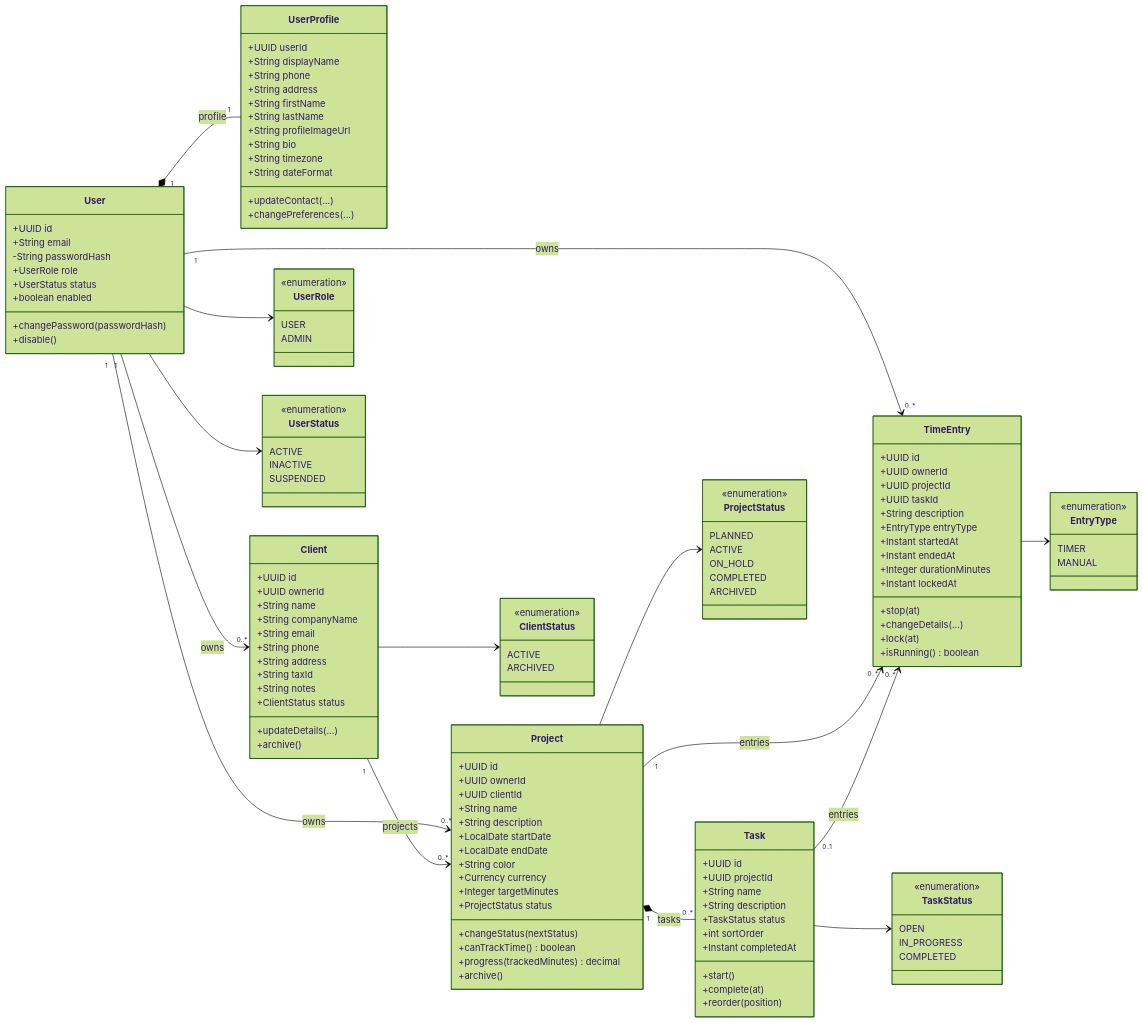
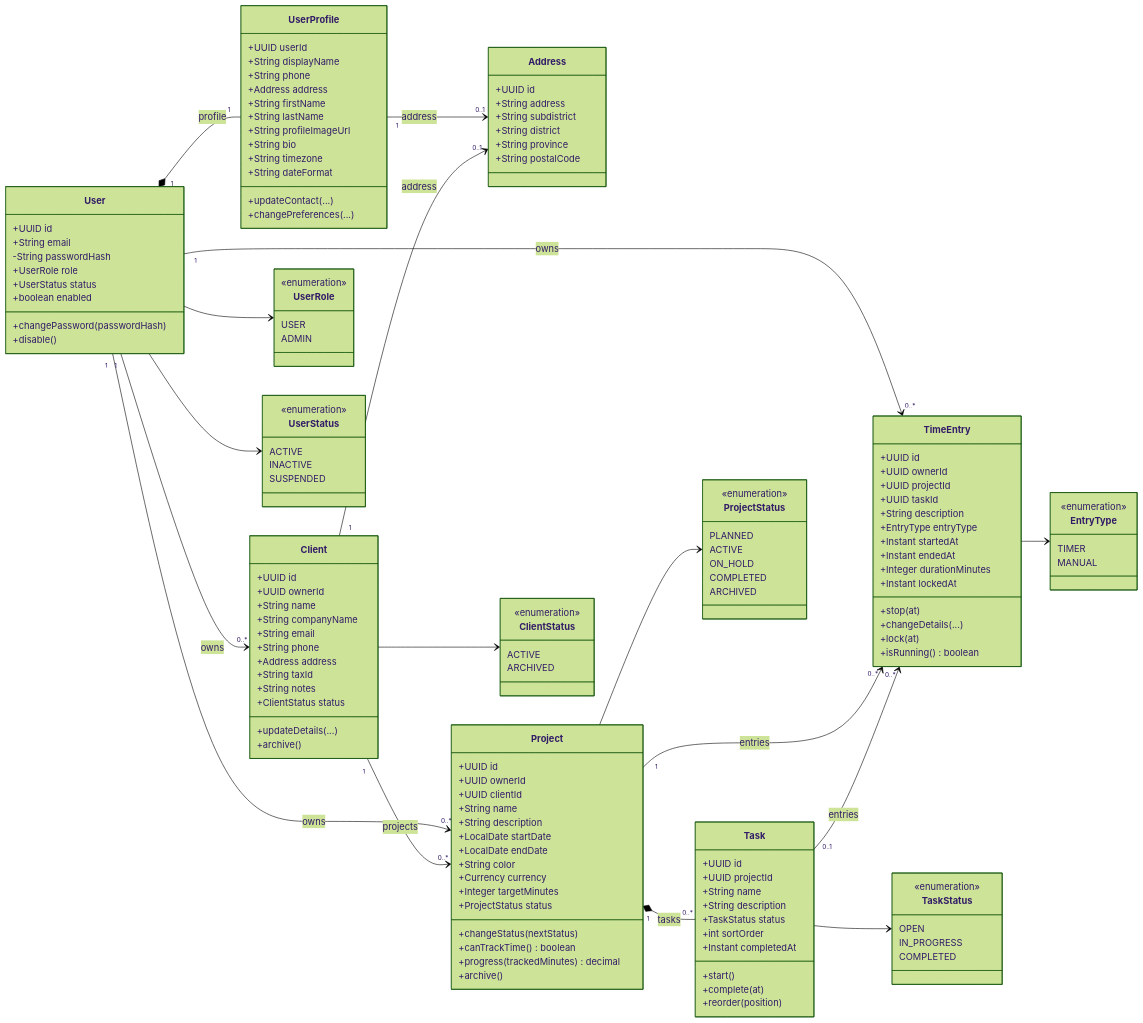
The diagram in doc/diagrams/class-diagram.md (lillianxhub/freelance-hub), drawn with Mermaid (forest theme) before and after one commit. The commit also changed other lines of this file and 30 other files, not shown here.

First line of the commit message:
feat: Normalize address handling in user profiles and clients

```diff
--- a/doc/diagrams/class-diagram.md
+++ b/doc/diagrams/class-diagram.md
@@ -21,7 +26,7 @@
         +UUID userId
         +String displayName
         +String phone
-        +String address
+        +Address address
         +String firstName
         +String lastName
         +String profileImageUrl
@@ -31,6 +36,14 @@
         +updateContact(...)
         +changePreferences(...)
     }
+    class Address {
+        +UUID id
+        +String address
+        +String subdistrict
+        +String district
+        +String province
+        +String postalCode
+    }
     class Client {
         +UUID id
         +UUID ownerId
@@ -38,7 +51,7 @@
         +String companyName
         +String email
         +String phone
-        +String address
+        +Address address
         +String taxId
         +String notes
         +ClientStatus status
@@ -127,7 +140,9 @@
     }
 
     User "1" *-- "1" UserProfile : profile
+    UserProfile "1" --> "0..1" Address : address
     User "1" --> "0..*" Client : owns
+    Client "1" --> "0..1" Address : address
     User "1" --> "0..*" Project : owns
     User "1" --> "0..*" TimeEntry : owns
     Client "1" --> "0..*" Project : projects
```
